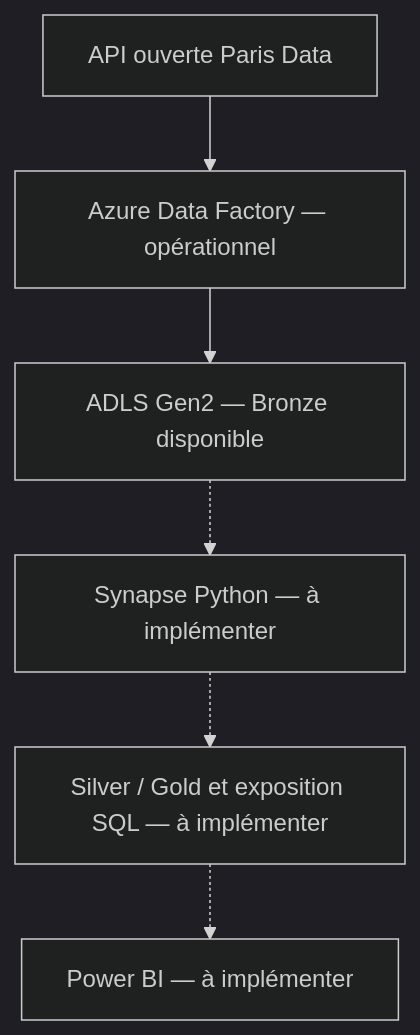
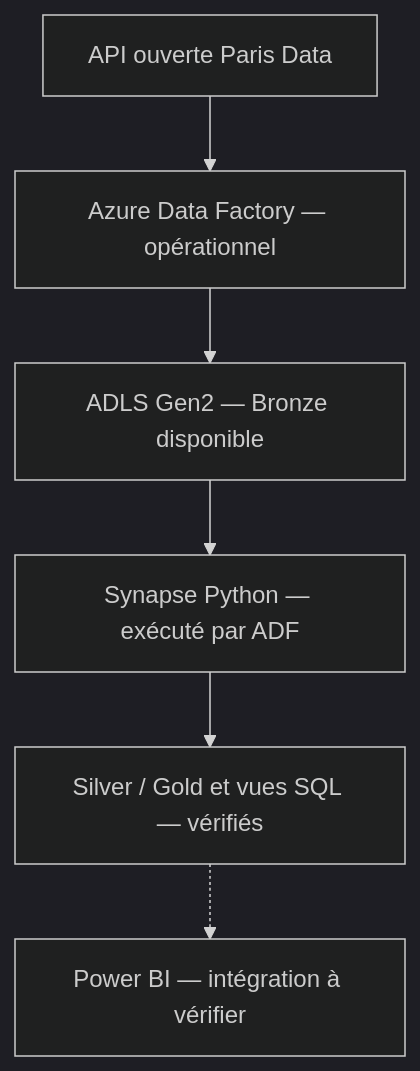
Before and after one commit to chifa376/azure-realtime-data-platform: the diagram in README.md, drawn with Mermaid (dark theme). The commit also changed other lines of this file, not shown here.

````diff
--- a/README.md
+++ b/README.md
@@ -29,8 +31,8 @@
 ```mermaid
 flowchart TD
     API["API ouverte Paris Data"] --> ADF["Azure Data Factory — opérationnel"]
     ADF --> B["ADLS Gen2 — Bronze disponible"]
-    B -.-> S["Synapse Python — à implémenter"]
-    S -.-> G["Silver / Gold et exposition SQL — à implémenter"]
-    G -.-> BI["Power BI — à implémenter"]
+    B --> S["Synapse Python — exécuté par ADF"]
+    S --> G["Silver / Gold et vues SQL — vérifiés"]
+    G -.-> BI["Power BI — intégration à vérifier"]
 ```
````
